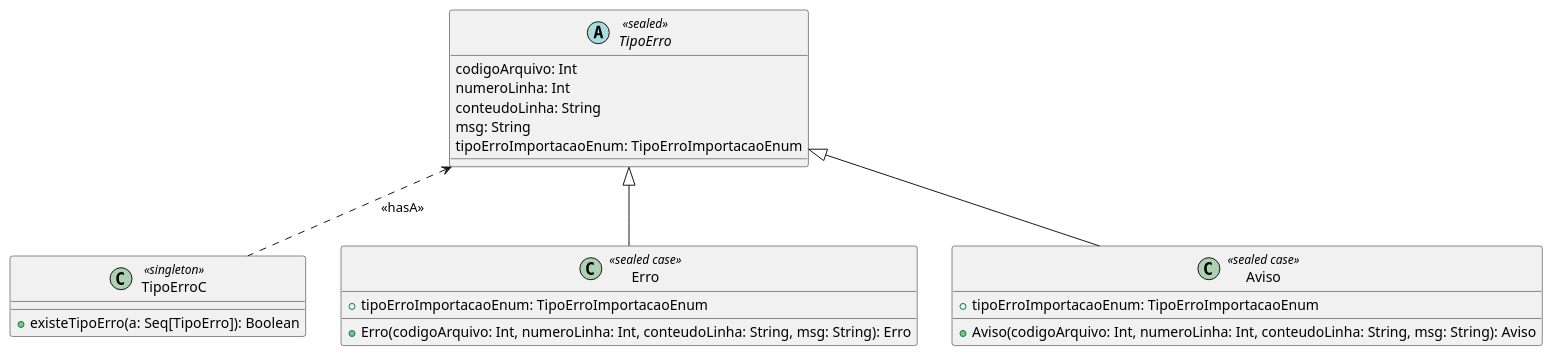
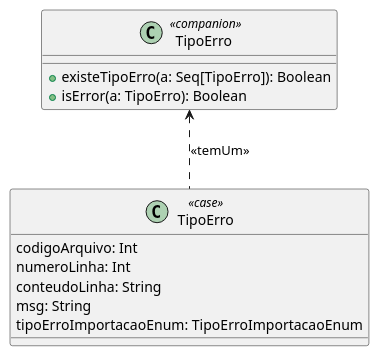
One commit to Maxranderson/tcc changed the diagram in src/main/resources/umls/TipoErro.puml. Above: the diagram before and after it, drawn with PlantUML. The commit also changed 15 other files, not shown here.

```diff
--- a/src/main/resources/umls/TipoErro.puml
+++ b/src/main/resources/umls/TipoErro.puml
@@ -1,28 +1,17 @@
 @startuml
-abstract class TipoErro<<sealed>> {
+class TipoErro<<case>> {
   codigoArquivo: Int
   numeroLinha: Int
   conteudoLinha: String
   msg: String
   tipoErroImportacaoEnum: TipoErroImportacaoEnum
 }
 
-class TipoErroC<<singleton>> {
+class "TipoErro "<<companion>> {
 +existeTipoErro(a: Seq[TipoErro]): Boolean
++isError(a: TipoErro): Boolean
 }
 
-class Erro<<sealed case>> {
-  +Erro(codigoArquivo: Int, numeroLinha: Int, conteudoLinha: String, msg: String): Erro
-  +tipoErroImportacaoEnum: TipoErroImportacaoEnum
-}
-
-class Aviso<<sealed case>> {
-  +Aviso(codigoArquivo: Int, numeroLinha: Int, conteudoLinha: String, msg: String): Aviso
-  +tipoErroImportacaoEnum: TipoErroImportacaoEnum
-}
-
-TipoErro <.. TipoErroC : <<hasA>>
-TipoErro <|-- Erro
-TipoErro <|-- Aviso
+"TipoErro " <.. TipoErro : <<temUm>>
 
 @enduml
```
